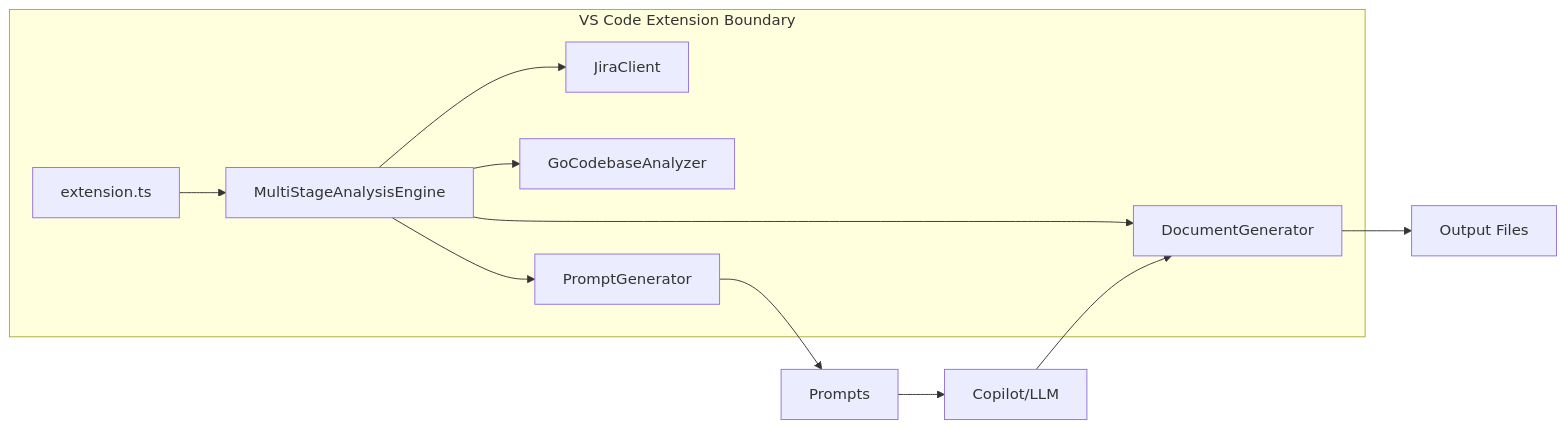
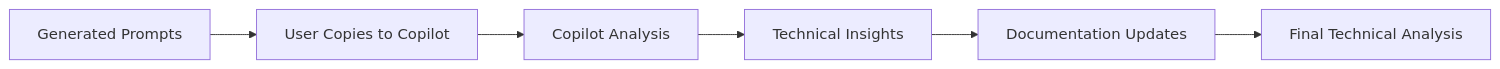
One commit to Srinidhi94/Product-Owner-AI-Agent changed the third of 3 diagrams in docs/ARCHITECTURE.md. Above: the diagram before and after it, drawn with Mermaid. The commit also changed other lines of this file and 31 other files, not shown here.

````diff
--- a/docs/ARCHITECTURE.md
+++ b/docs/ARCHITECTURE.md
@@ -98,14 +107,8 @@
 ```mermaid
 graph LR
-    subgraph VS Code Extension Boundary
-      A[extension.ts] --> B[MultiStageAnalysisEngine]
-      B --> C[JiraClient]
-      B --> D[GoCodebaseAnalyzer]
-      B --> E[PromptGenerator]
-      B --> F[DocumentGenerator]
-    end
-    F --> G[Output Files]
-    E --> H[Prompts]
-    H --> I[Copilot/LLM]
-    I --> F
+    A[Generated Prompts] --> B[User Copies to Copilot]
+    B --> C[Copilot Analysis]
+    C --> D[Technical Insights]
+    D --> E[Documentation Updates]
+    E --> F[Final Technical Analysis]
 ```
````
